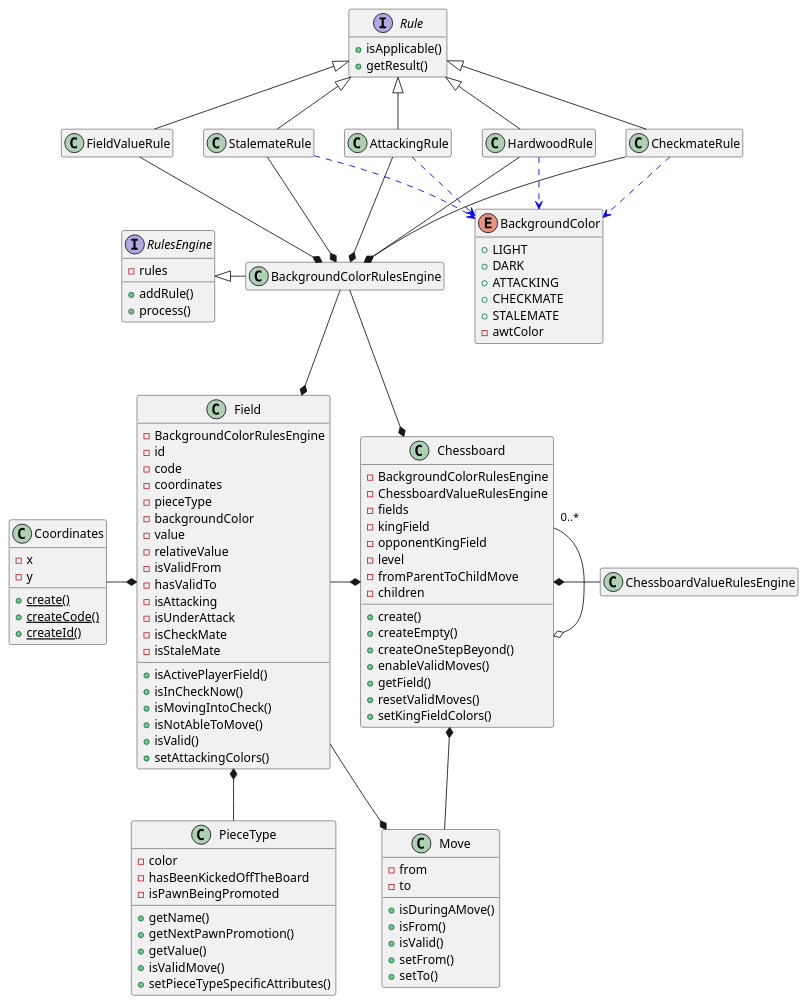
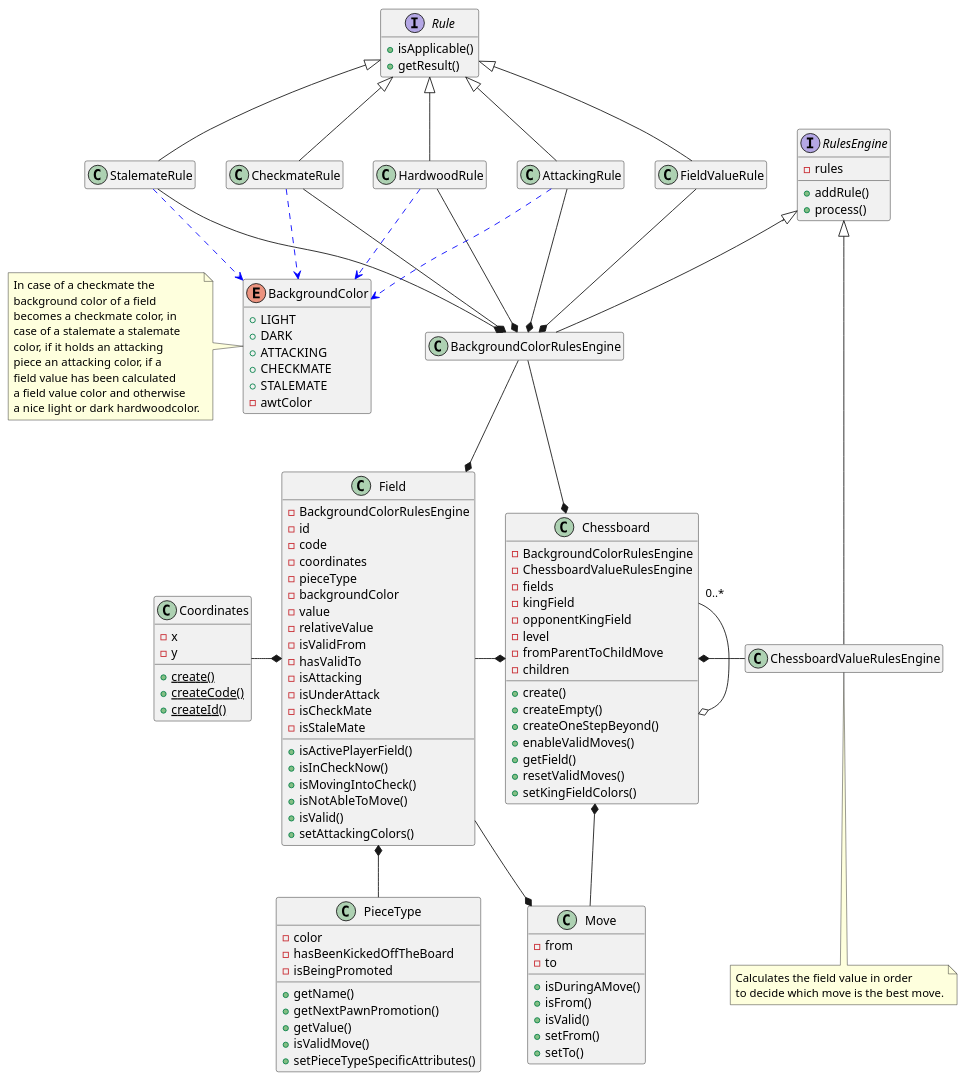
The diagram in game/src/main/resources/uml/chessboard.puml (tiktaalick/chess-with-database), drawn with PlantUML before and after one commit. The commit also changed 22 other files, not shown here.

Commit message:
* Added notes to the class diagrams.

```diff
--- a/game/src/main/resources/uml/chessboard.puml
+++ b/game/src/main/resources/uml/chessboard.puml
@@ -1,130 +1,151 @@
 @startuml
 
 '--------------'
 'Hidden members'
 '--------------'
 hide empty members
 
 '----------'
 'Chessboard'
 '----------'
 class Chessboard {
     - BackgroundColorRulesEngine
     - ChessboardValueRulesEngine
     - fields
     - kingField
     - opponentKingField
     - level
     - fromParentToChildMove
     - children
     + create()
     + createEmpty()
     + createOneStepBeyond()
     + enableValidMoves()
     + getField()
     + resetValidMoves()
     + setKingFieldColors()
 }
 
 class Field {
     - BackgroundColorRulesEngine
     - id
     - code
     - coordinates
     - pieceType
     - backgroundColor
     - value
     - relativeValue
     - isValidFrom
     - hasValidTo
     - isAttacking
     - isUnderAttack
     - isCheckMate
     - isStaleMate
     + isActivePlayerField()
     + isInCheckNow()
     + isMovingIntoCheck()
     + isNotAbleToMove()
     + isValid()
     + setAttackingColors()
 }
 
 class Move {
     - from
     - to
     + isDuringAMove()
     + isFrom()
     + isValid()
     + setFrom()
     + setTo()
 }
 
 class Coordinates {
     - x
     - y
     + {static} create()
     + {static} createCode()
     + {static} createId()
 }
 
 class PieceType {
     - color
     - hasBeenKickedOffTheBoard
-    - isPawnBeingPromoted
+    - isBeingPromoted
     + getName()
     + getNextPawnPromotion()
     + getValue()
     + isValidMove()
     + setPieceTypeSpecificAttributes()
 }
 
 interface RulesEngine {
     - rules
     + addRule()
     + process()
 }
 
 interface Rule {
     + isApplicable()
     + getResult()
 }
 
 enum BackgroundColor {
     + LIGHT
     + DARK
     + ATTACKING
     + CHECKMATE
     + STALEMATE
     - awtColor
-
 }
 
 '---------'
 'Relations'
 '---------'
 Chessboard *-up- BackgroundColorRulesEngine
 Chessboard *-right- ChessboardValueRulesEngine
+ChessboardValueRulesEngine -up-|> RulesEngine
 Chessboard *-left- Field
 Chessboard *-right- Move
 Chessboard "0..*"--o Chessboard
 Field *-up- BackgroundColorRulesEngine
 Field *-left- Coordinates
 Field *-- PieceType
 Field --* Move
+BackgroundColorRulesEngine *-up- CheckmateRule
+BackgroundColorRulesEngine *-up- StalemateRule
+BackgroundColorRulesEngine *-up- AttackingRule
+BackgroundColorRulesEngine *-up- FieldValueRule
 BackgroundColorRulesEngine *-up- HardwoodRule
-BackgroundColorRulesEngine *-up- FieldValueRule
-BackgroundColorRulesEngine *-up- AttackingRule
-BackgroundColorRulesEngine *-up- StalemateRule
-BackgroundColorRulesEngine *-up- CheckmateRule
-BackgroundColorRulesEngine -left-|> RulesEngine
+BackgroundColorRulesEngine -up-|> RulesEngine
 HardwoodRule -up-|> Rule
 FieldValueRule -up-|> Rule
 AttackingRule -up-|> Rule
 StalemateRule -up-|> Rule
 CheckmateRule -up-|> Rule
 HardwoodRule .down[#blue].> BackgroundColor
 AttackingRule .down[#blue].> BackgroundColor
 StalemateRule .down[#blue].> BackgroundColor
 CheckmateRule .down[#blue].> BackgroundColor
 
+'-----'
+'Notes'
+'-----'
+note left of BackgroundColor {
+    In case of a checkmate the
+    background color of a field
+    becomes a checkmate color, in
+    case of a stalemate a stalemate
+    color, if it holds an attacking
+    piece an attacking color, if a
+    field value has been calculated
+    a field value color and otherwise
+    a nice light or dark hardwoodcolor.
+}
+
+note bottom of ChessboardValueRulesEngine {
+    Calculates the field value in order
+    to decide which move is the best move.
+}
+
+
 @enduml
```
